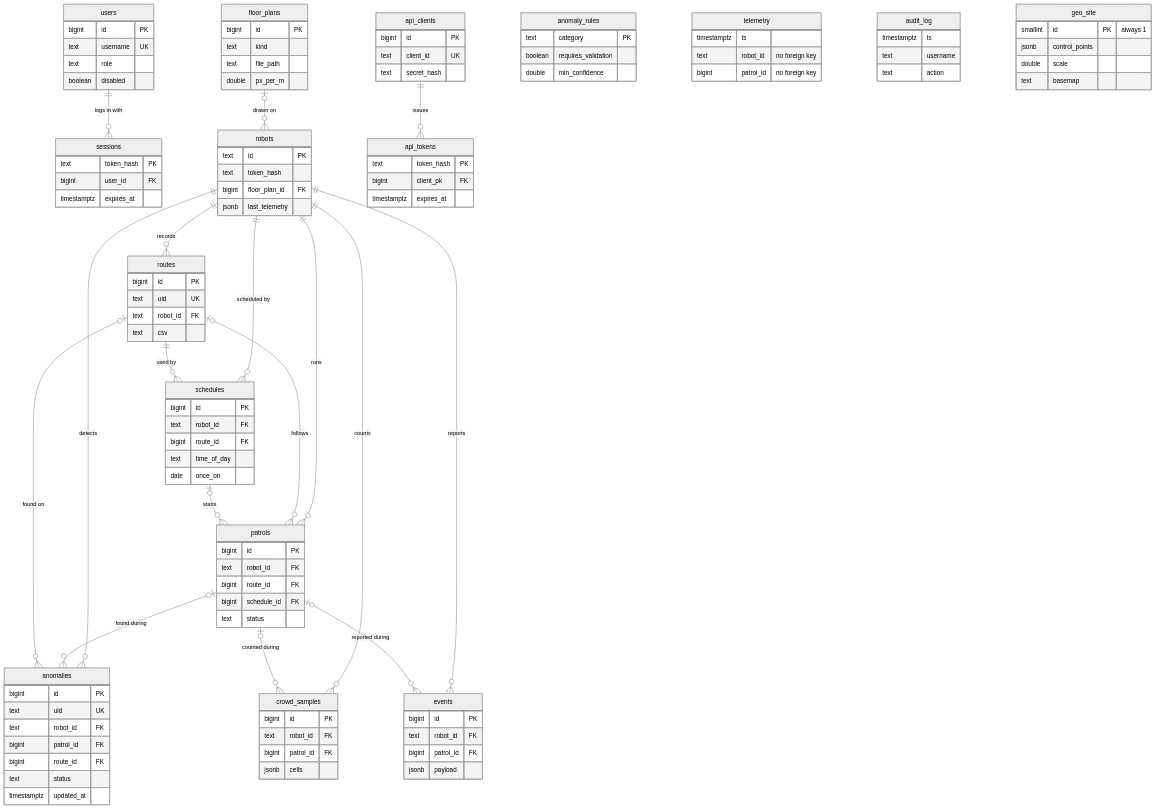
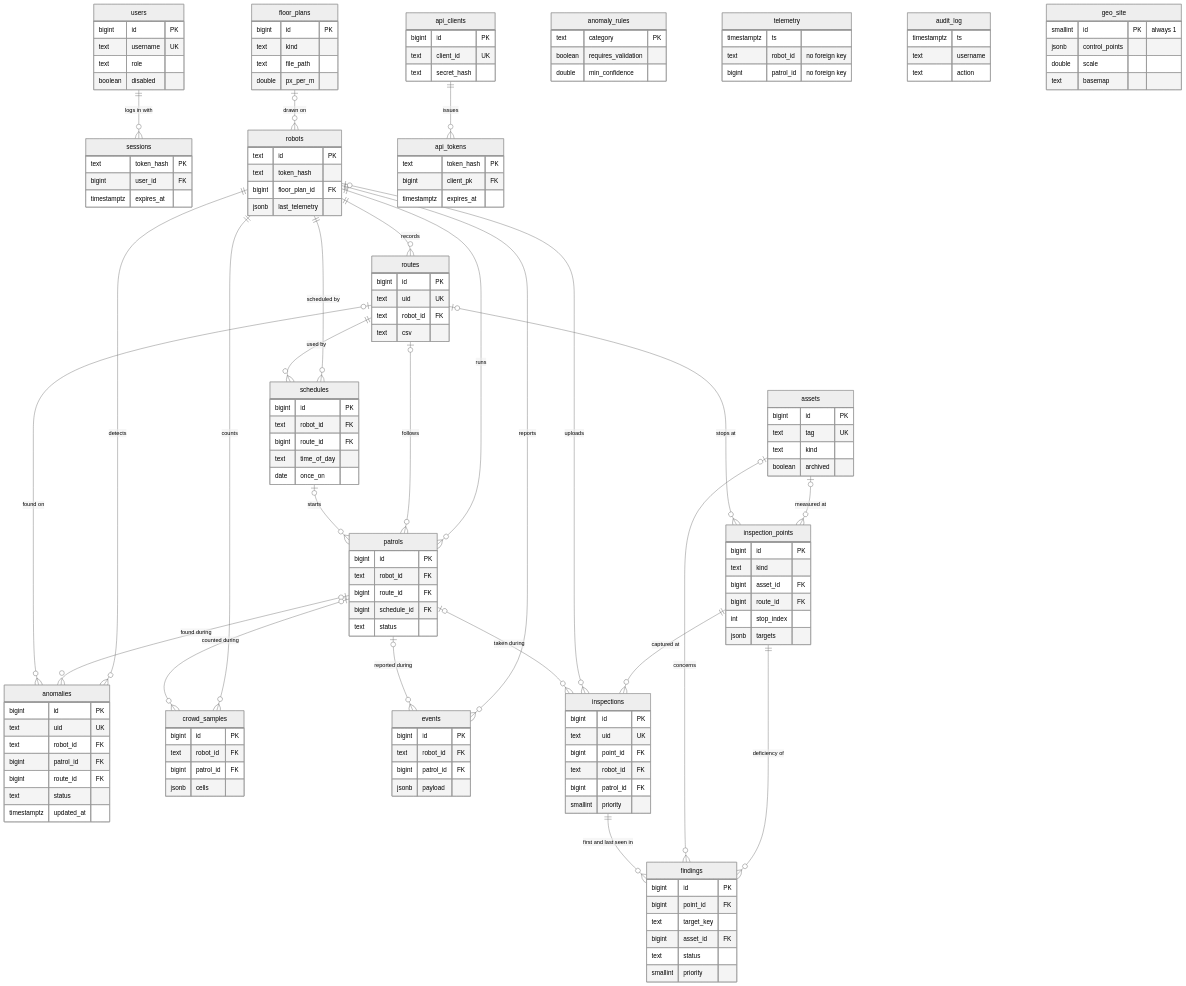
One commit to DarmawanWeb/netra-fleet-be changed the diagram in docs/database.md. Above: the diagram before and after it, drawn with Mermaid (neutral theme). The commit also changed other lines of this file and 7 other files, not shown here.

````diff
--- a/docs/database.md
+++ b/docs/database.md
@@ -48,6 +48,14 @@
     robots ||--o{ events : reports
     patrols |o--o{ events : "reported during"
     api_clients ||--o{ api_tokens : issues
+    assets |o--o{ inspection_points : "measured at"
+    routes |o--o{ inspection_points : "stops at"
+    inspection_points ||--o{ inspections : "captured at"
+    robots |o--o{ inspections : uploads
+    patrols |o--o{ inspections : "taken during"
+    inspection_points ||--o{ findings : "deficiency of"
+    assets |o--o{ findings : concerns
+    inspections ||--o{ findings : "first and last seen in"
 
     users {
         bigint id PK
@@ -144,4 +152,34 @@
         double scale
         text basemap
     }
+    assets {
+        bigint id PK
+        text tag UK
+        text kind
+        boolean archived
+    }
+    inspection_points {
+        bigint id PK
+        text kind
+        bigint asset_id FK
+        bigint route_id FK
+        int stop_index
+        jsonb targets
+    }
+    inspections {
+        bigint id PK
+        text uid UK
+        bigint point_id FK
+        text robot_id FK
+        bigint patrol_id FK
+        smallint priority
+    }
+    findings {
+        bigint id PK
+        bigint point_id FK
+        text target_key
+        bigint asset_id FK
+        text status
+        smallint priority
+    }
 ```
````
